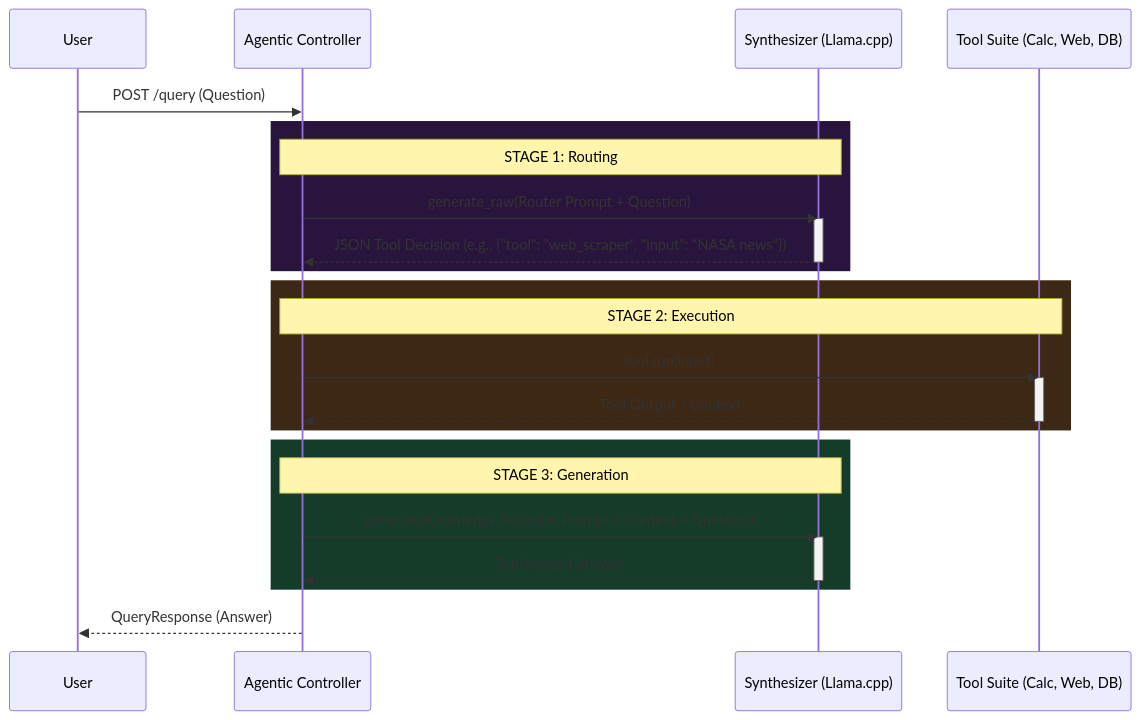
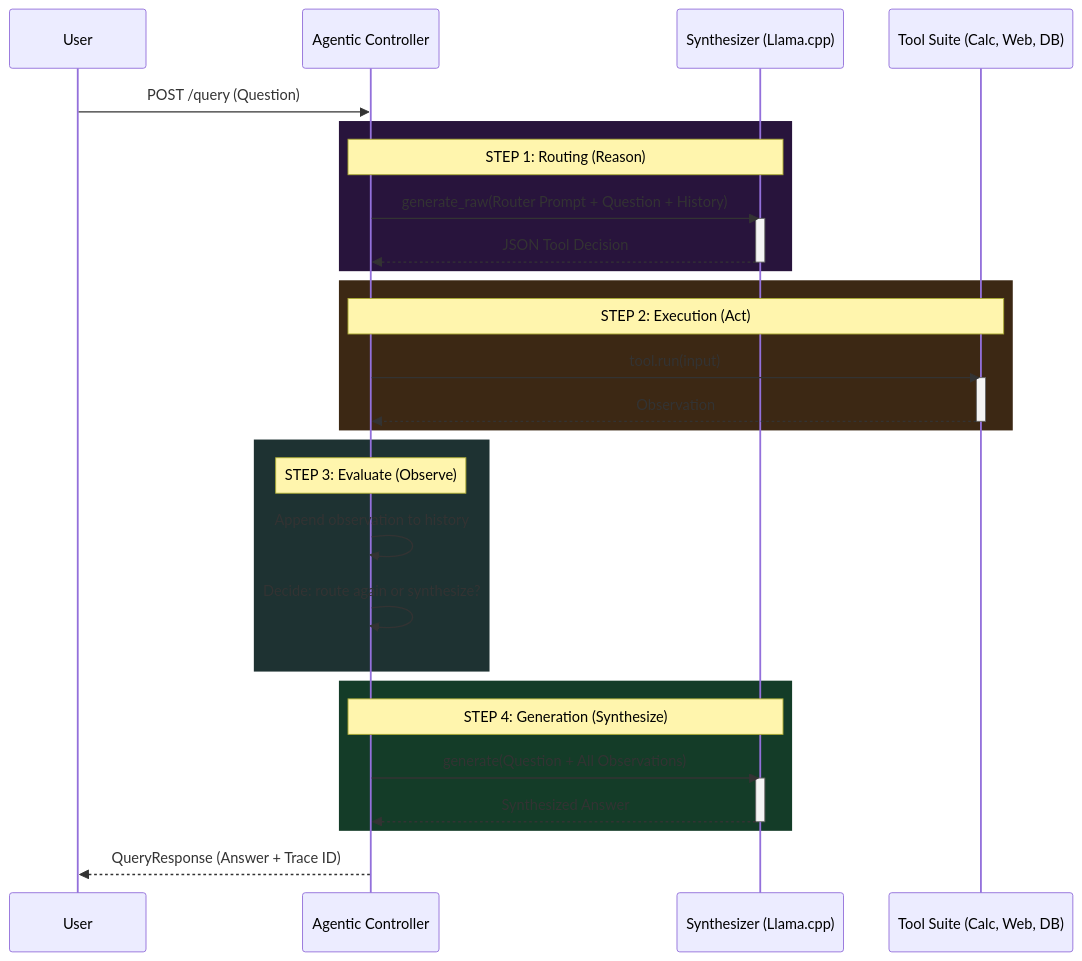
One commit to benny-daniel6/LexAI-Legal-RAG changed the second of 2 diagrams in README.md. Above: the diagram before and after it, drawn with Mermaid. The commit also changed other lines of this file and 1 other file, not shown here.

Commit message:
feat: add structured observability tracing, fix all resume red flags, rewrite README

````diff
--- a/README.md
+++ b/README.md
@@ -63,35 +73,41 @@
 ```mermaid
 sequenceDiagram
     participant User
     participant Agent as Agentic Controller
     participant LLM as Synthesizer (Llama.cpp)
     participant Tools as Tool Suite (Calc, Web, DB)
 
     User->>Agent: POST /query (Question)
     
     rect rgb(40, 20, 60)
-    Note over Agent,LLM: STAGE 1: Routing
-    Agent->>LLM: generate_raw(Router Prompt + Question)
+    Note over Agent,LLM: STEP 1: Routing (Reason)
+    Agent->>LLM: generate_raw(Router Prompt + Question + History)
     activate LLM
-    LLM-->>Agent: JSON Tool Decision (e.g., {"tool": "web_scraper", "input": "NASA news"})
+    LLM-->>Agent: JSON Tool Decision
     deactivate LLM
     end
 
     rect rgb(60, 40, 20)
-    Note over Agent,Tools: STAGE 2: Execution
+    Note over Agent,Tools: STEP 2: Execution (Act)
     Agent->>Tools: tool.run(input)
     activate Tools
-    Tools-->>Agent: Tool Output / Context
+    Tools-->>Agent: Observation
     deactivate Tools
     end
 
+    rect rgb(30, 50, 50)
+    Note over Agent: STEP 3: Evaluate (Observe)
+    Agent->>Agent: Append observation to history
+    Agent->>Agent: Decide: route again or synthesize?
+    end
+
     rect rgb(20, 60, 40)
-    Note over Agent,LLM: STAGE 3: Generation
-    Agent->>LLM: generate(Knowledge Assistant Prompt + Context + Question)
+    Note over Agent,LLM: STEP 4: Generation (Synthesize)
+    Agent->>LLM: generate(Question + All Observations)
     activate LLM
     LLM-->>Agent: Synthesized Answer
     deactivate LLM
     end
 
-    Agent-->>User: QueryResponse (Answer)
+    Agent-->>User: QueryResponse (Answer + Trace ID)
 ```
````
